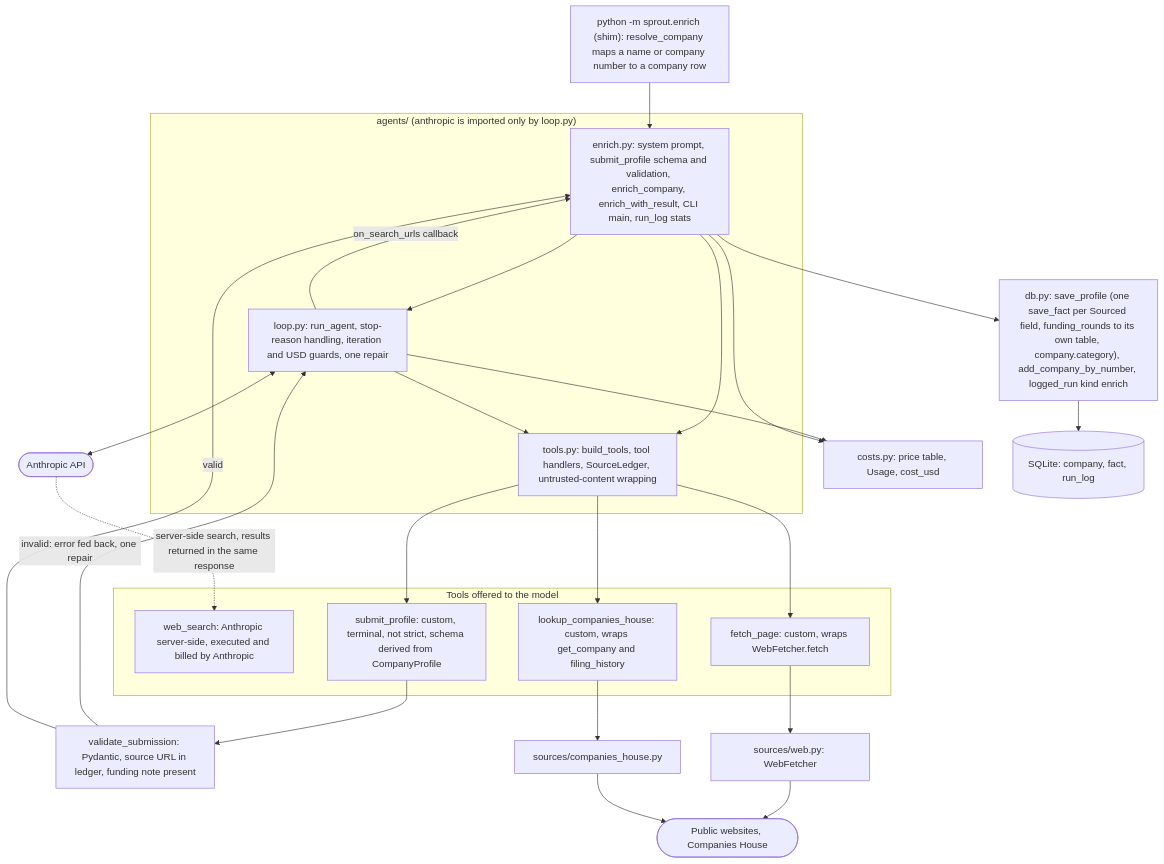
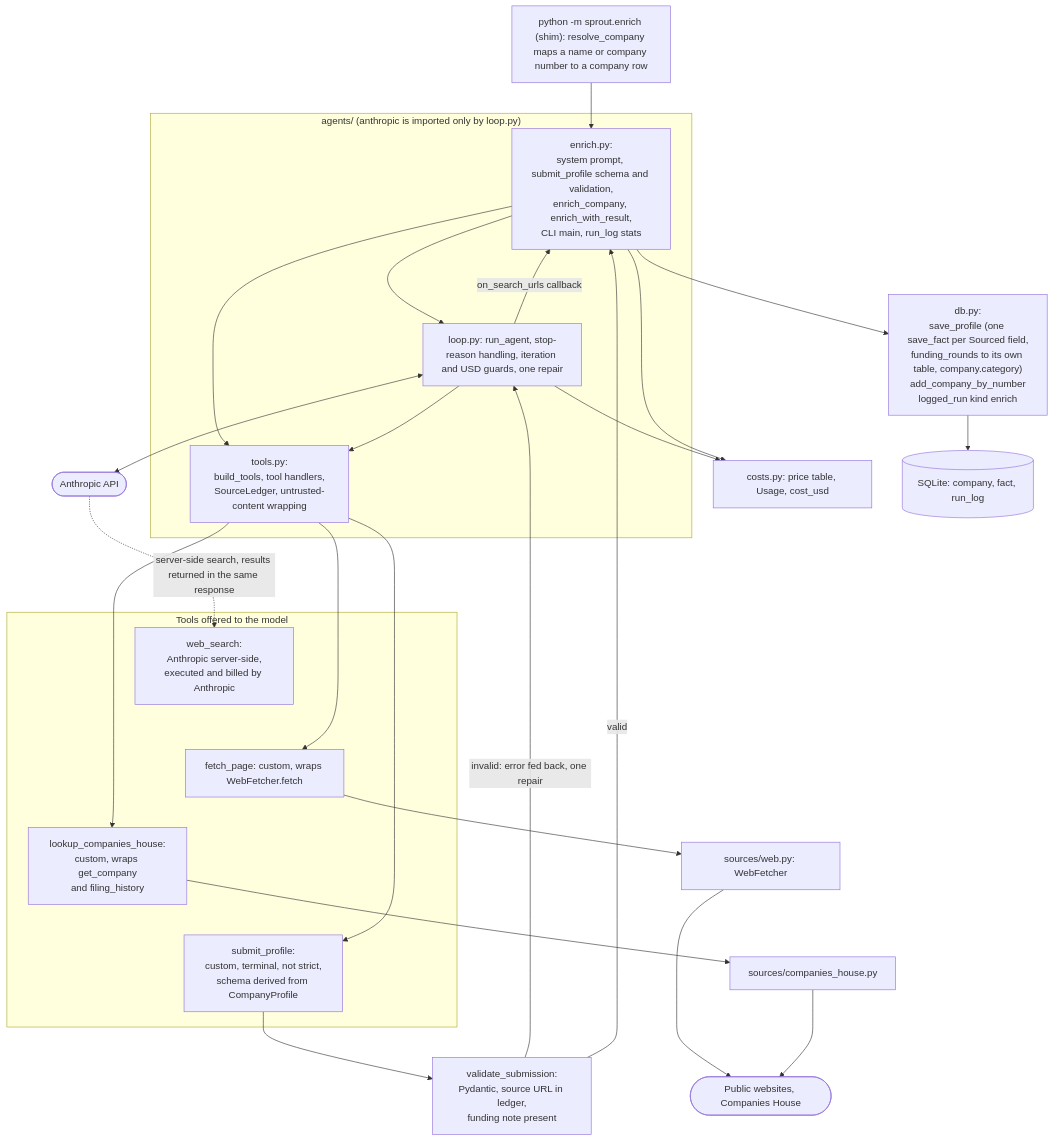
One commit to Farzaanee/sprout changed the diagram in docs/architecture/phase-2-enrichment.md. Above: the diagram before and after it, drawn with Mermaid. The commit also changed 5 other files, not shown here.

Commit message:
adjust the diagrams

````diff
--- a/docs/architecture/phase-2-enrichment.md
+++ b/docs/architecture/phase-2-enrichment.md
@@ -5,44 +5,48 @@
 ```mermaid
 flowchart TB
     CLI["python -m sprout.enrich (shim): resolve_company maps a name or company number to a company row"]
     subgraph AGENT["agents/ (anthropic is imported only by loop.py)"]
-        ENR["enrich.py: system prompt, submit_profile schema and validation, enrich_company, enrich_with_result, CLI main, run_log stats"]
+        ENR["enrich.py:<br/>system prompt, submit_profile schema and validation,<br/>enrich_company, enrich_with_result,<br/>CLI main, run_log stats"]
         LOOP["loop.py: run_agent, stop-reason handling, iteration and USD guards, one repair"]
-        TOOLS["tools.py: build_tools, tool handlers, SourceLedger, untrusted-content wrapping"]
+        TOOLS["tools.py:<br/>build_tools, tool handlers,<br/>SourceLedger, untrusted-content wrapping"]
     end
     subgraph TOOLSET["Tools offered to the model"]
-        T1["web_search: Anthropic server-side, executed and billed by Anthropic"]
+        T1["web_search:<br/>Anthropic server-side,<br/>executed and billed by Anthropic"]
         T2["fetch_page: custom, wraps WebFetcher.fetch"]
-        T3["lookup_companies_house: custom, wraps get_company and filing_history"]
-        T4["submit_profile: custom, terminal, not strict, schema derived from CompanyProfile"]
+        T3["lookup_companies_house:<br/>custom, wraps get_company<br/>and filing_history"]
+        T4["submit_profile:<br/>custom, terminal, not strict,<br/>schema derived from CompanyProfile"]
     end
     LLM(["Anthropic API"])
     COST["costs.py: price table, Usage, cost_usd"]
-    CHECK["validate_submission: Pydantic, source URL in ledger, funding note present"]
-    DBW["db.py: save_profile (one save_fact per Sourced field, funding_rounds to its own table, company.category), add_company_by_number, logged_run kind enrich"]
+    CHECK["validate_submission:<br/>Pydantic, source URL in ledger,<br/>funding note present"]
+    DBW["db.py:<br/>save_profile (one save_fact per Sourced field,<br/>funding_rounds to its own table, company.category)<br/>add_company_by_number<br/>logged_run kind enrich"]
     SQL[("SQLite: company, fact, run_log")]
     WF["sources/web.py: WebFetcher"]
     CHC["sources/companies_house.py"]
     SRCX(["Public websites, Companies House"])
+    T1 ~~~ T2
+    T2 ~~~ T3
+    T3 ~~~ T4
+    WF ~~~ CHC
     CLI --> ENR
     ENR --> LOOP
     ENR --> TOOLS
     LOOP <--> LLM
     LOOP --> TOOLS
     TOOLS --> T2
     TOOLS --> T3
     TOOLS --> T4
     LLM -. "server-side search, results returned in the same response" .-> T1
     T2 --> WF
     T3 --> CHC
     WF --> SRCX
     CHC --> SRCX
     T4 --> CHECK
     CHECK -- "invalid: error fed back, one repair" --> LOOP
     CHECK -- "valid" --> ENR
     ENR --> DBW
     DBW --> SQL
     LOOP --> COST
     ENR --> COST
     LOOP -- "on_search_urls callback" --> ENR
 ```
````
